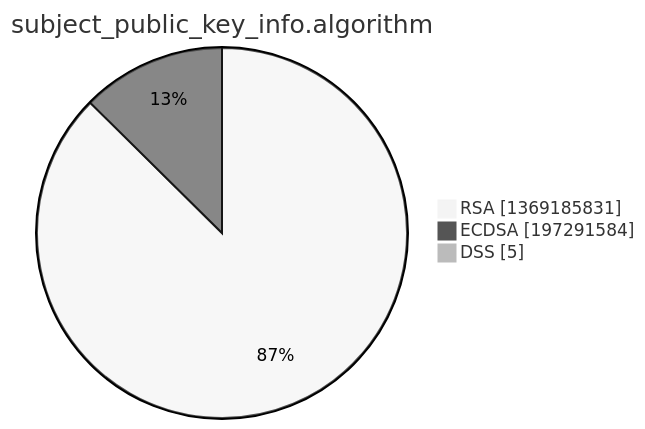
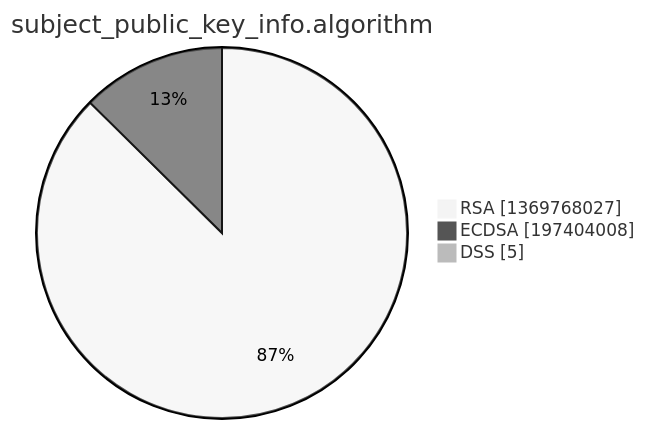
The third of 15 diagrams in xenon2022/README.md (christiankrug/ctmonitor_visualization), drawn with Mermaid (neutral theme) before and after one commit. The commit also changed other lines of this file, not shown here.

````diff
--- a/xenon2022/README.md
+++ b/xenon2022/README.md
@@ -14,7 +14,7 @@
 ```mermaid
 pie showData
 title subject_public_key_info.algorithm
-"RSA" :1369185831
-"ECDSA" :197291584
+"RSA" :1369768027
+"ECDSA" :197404008
 "DSS" :5
 ```
````
